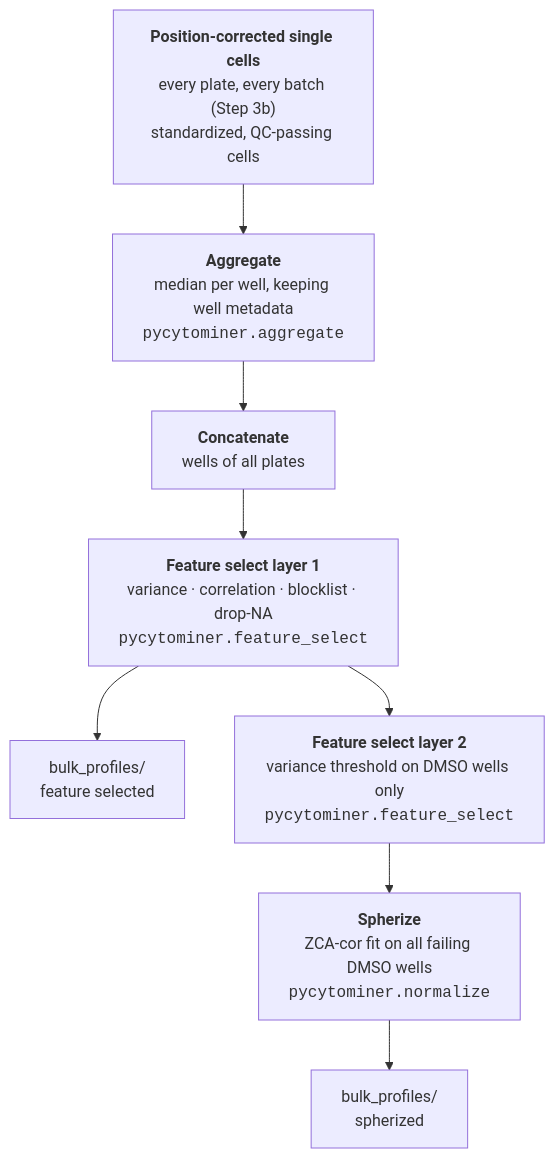
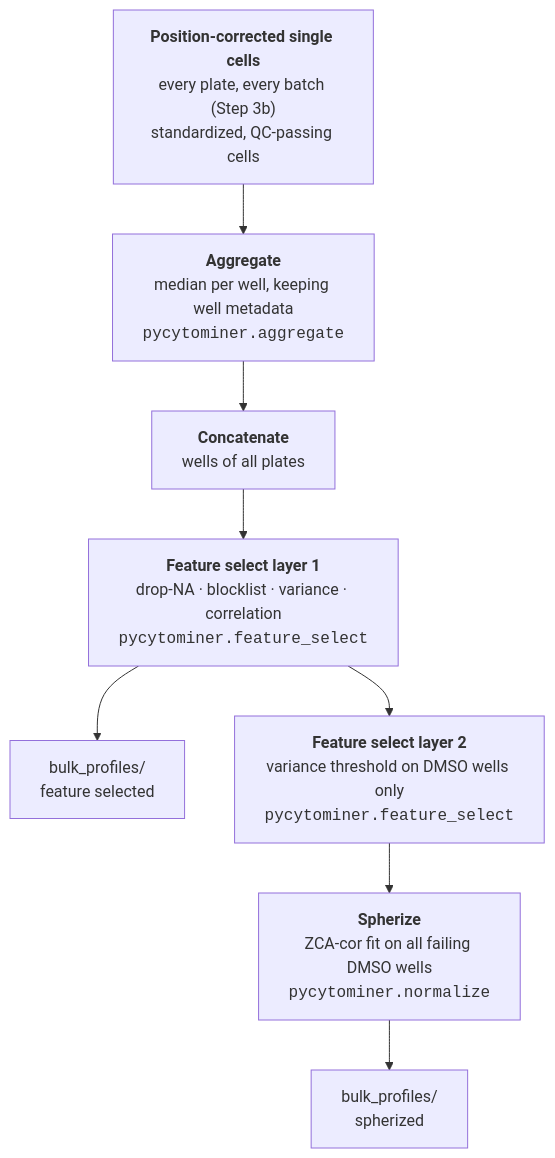
Before and after one commit to WayScience/targeted_fibrosis_drug_screen: the third of 3 diagrams in 3.image_based_profiling/README.md, drawn with Mermaid. The commit also changed other lines of this file and 7 other files, not shown here.

````diff
--- a/3.image_based_profiling/README.md
+++ b/3.image_based_profiling/README.md
@@ -163,10 +176,10 @@
 ```mermaid
 flowchart TD
     A["<b>Position-corrected single cells</b><br/>every plate, every batch (Step 3b)<br/>standardized, QC-passing cells"] --> B["<b>Aggregate</b><br/>median per well, keeping well metadata<br/><code>pycytominer.aggregate</code>"]
     B --> C["<b>Concatenate</b><br/>wells of all plates"]
-    C --> D["<b>Feature select layer 1</b><br/>variance · correlation · blocklist · drop-NA<br/><code>pycytominer.feature_select</code>"]
+    C --> D["<b>Feature select layer 1</b><br/>drop-NA · blocklist · variance · correlation<br/><code>pycytominer.feature_select</code>"]
     D --> E[bulk_profiles/<br/>feature selected]
     D --> F["<b>Feature select layer 2</b><br/>variance threshold on DMSO wells only<br/><code>pycytominer.feature_select</code>"]
     F --> G["<b>Spherize</b><br/>ZCA-cor fit on all failing DMSO wells<br/><code>pycytominer.normalize</code>"]
     G --> H[bulk_profiles/<br/>spherized]
 ```
````
